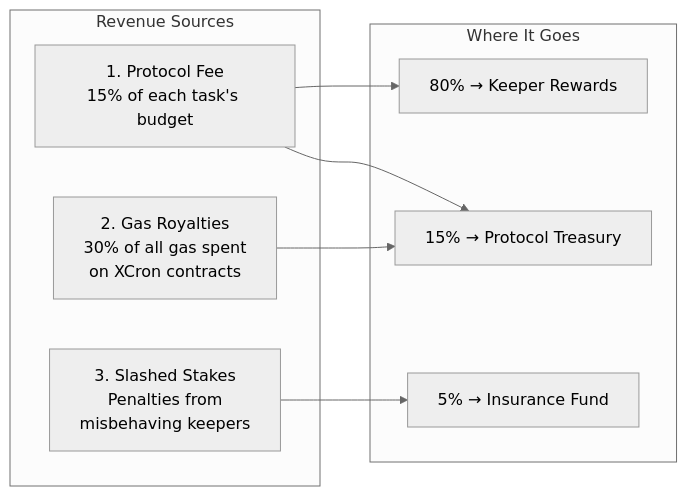
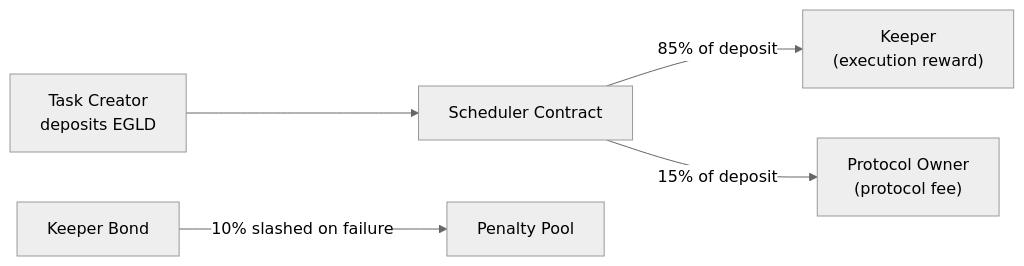
Before and after one commit to AlexandruChitu-SXT/xcron-protocol: the third of 4 diagrams in xcron/whitepaper.md, drawn with Mermaid (neutral theme). The commit also changed other lines of this file and 12 other files, not shown here.

First line of the commit message:
feat: upgrade Scheduler with progressive fee tiers + wallet & UX fixes

````diff
--- a/xcron/whitepaper.md
+++ b/xcron/whitepaper.md
@@ -265,19 +263,8 @@
 ```mermaid
 graph LR
-    subgraph "Revenue Sources"
-        A["1. Protocol Fee<br/>15% of each task's budget"]
-        B["2. Gas Royalties<br/>30% of all gas spent<br/>on XCron contracts"]
-        C["3. Slashed Stakes<br/>Penalties from<br/>misbehaving keepers"]
-    end
+    A["Task Creator<br/>deposits EGLD"] --> B["Scheduler Contract"]
+    B -->|"85% of deposit"| C["Keeper<br/>(execution reward)"]
+    B -->|"15% of deposit"| D["Protocol Owner<br/>(protocol fee)"]
 
-    subgraph "Where It Goes"
-        D["80% → Keeper Rewards"]
-        E["15% → Protocol Treasury"]
-        F["5% → Insurance Fund"]
-    end
-
-    A --> D
-    A --> E
-    B --> E
-    C --> F
+    E["Keeper Bond"] -->|"10% slashed on failure"| F["Penalty Pool"]
 ```
````
